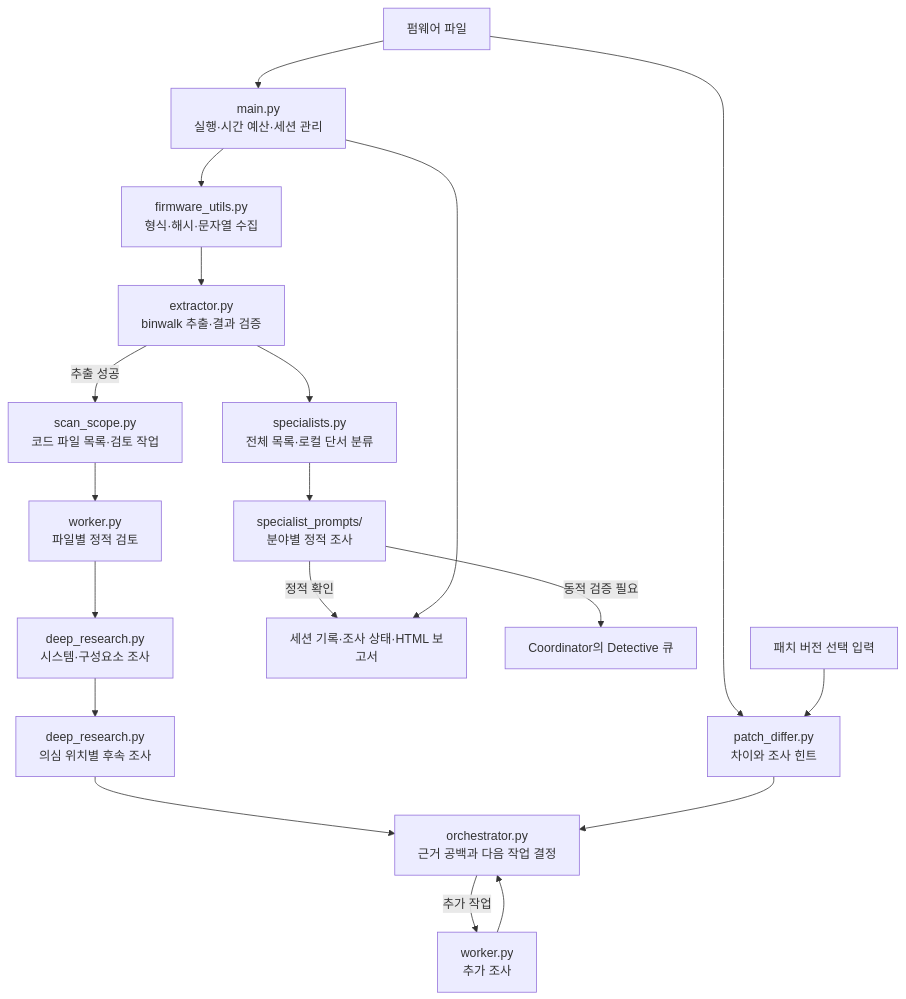
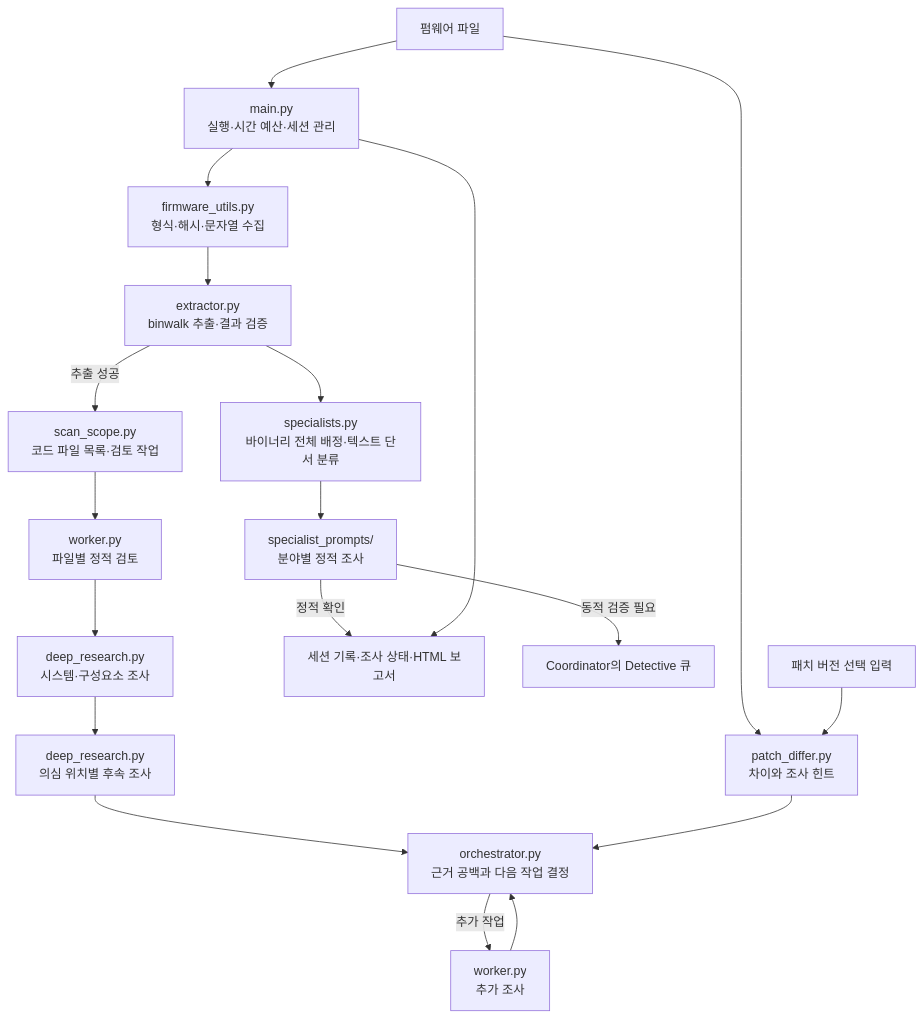
Before and after one commit to gl4sss/FBI: the diagram in investigator/README.md, drawn with Mermaid. The commit also changed other lines of this file and 19 other files, not shown here.

````diff
--- a/investigator/README.md
+++ b/investigator/README.md
@@ -9,21 +9,21 @@
 ```mermaid
 flowchart TD
     FW["펌웨어 파일"] --> MAIN["main.py<br/>실행·시간 예산·세션 관리"]
     MAIN --> INFO["firmware_utils.py<br/>형식·해시·문자열 수집"]
     INFO --> EXT["extractor.py<br/>binwalk 추출·결과 검증"]
     FW --> DIFF["patch_differ.py<br/>차이와 조사 힌트"]
     PATCH["패치 버전 선택 입력"] --> DIFF
     EXT -->|"추출 성공"| SCAN["scan_scope.py<br/>코드 파일 목록·검토 작업"]
-    EXT --> ROUTE["specialists.py<br/>전체 목록·로컬 단서 분류"]
+    EXT --> ROUTE["specialists.py<br/>바이너리 전체 배정·텍스트 단서 분류"]
     ROUTE --> SP["specialist_prompts/<br/>분야별 정적 조사"]
     SP -->|"정적 확인"| OUT
     SP -->|"동적 검증 필요"| DET["Coordinator의 Detective 큐"]
     SCAN --> REVIEW["worker.py<br/>파일별 정적 검토"]
     REVIEW --> BASE["deep_research.py<br/>시스템·구성요소 조사"]
     BASE --> FIND["deep_research.py<br/>의심 위치별 후속 조사"]
     FIND --> ORCH["orchestrator.py<br/>근거 공백과 다음 작업 결정"]
     ORCH -->|"추가 작업"| WORK["worker.py<br/>추가 조사"]
     WORK --> ORCH
     DIFF --> ORCH
     MAIN --> OUT["세션 기록·조사 상태·HTML 보고서"]
 ```
````
